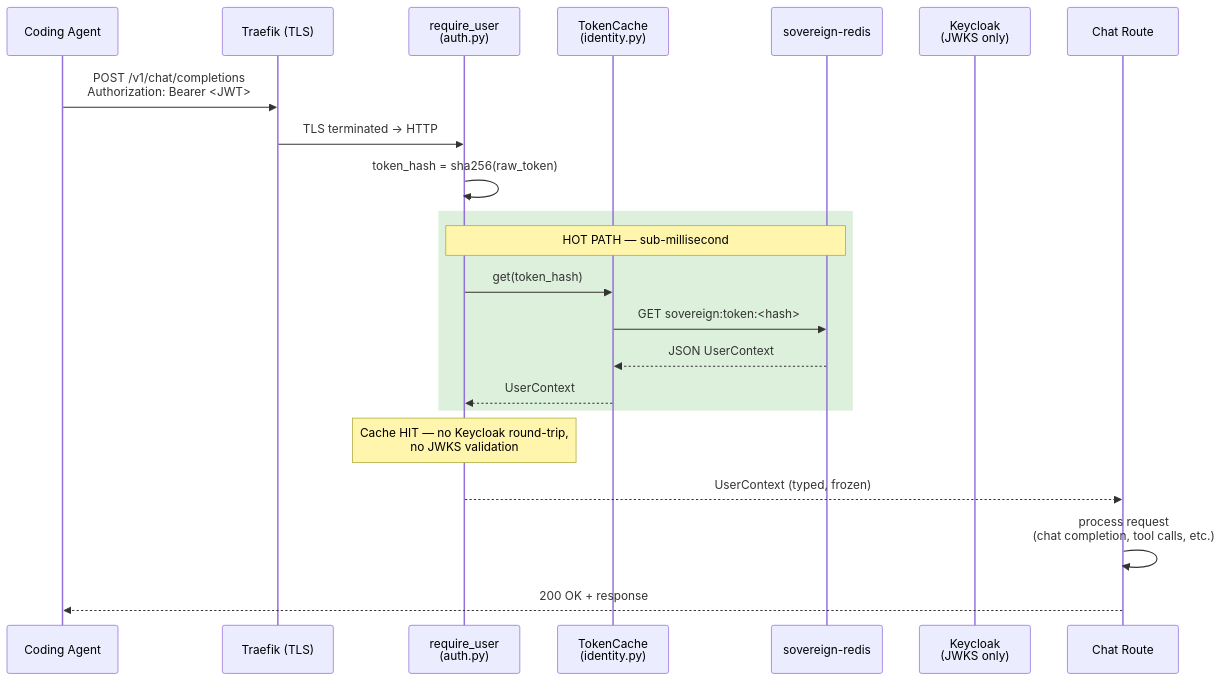
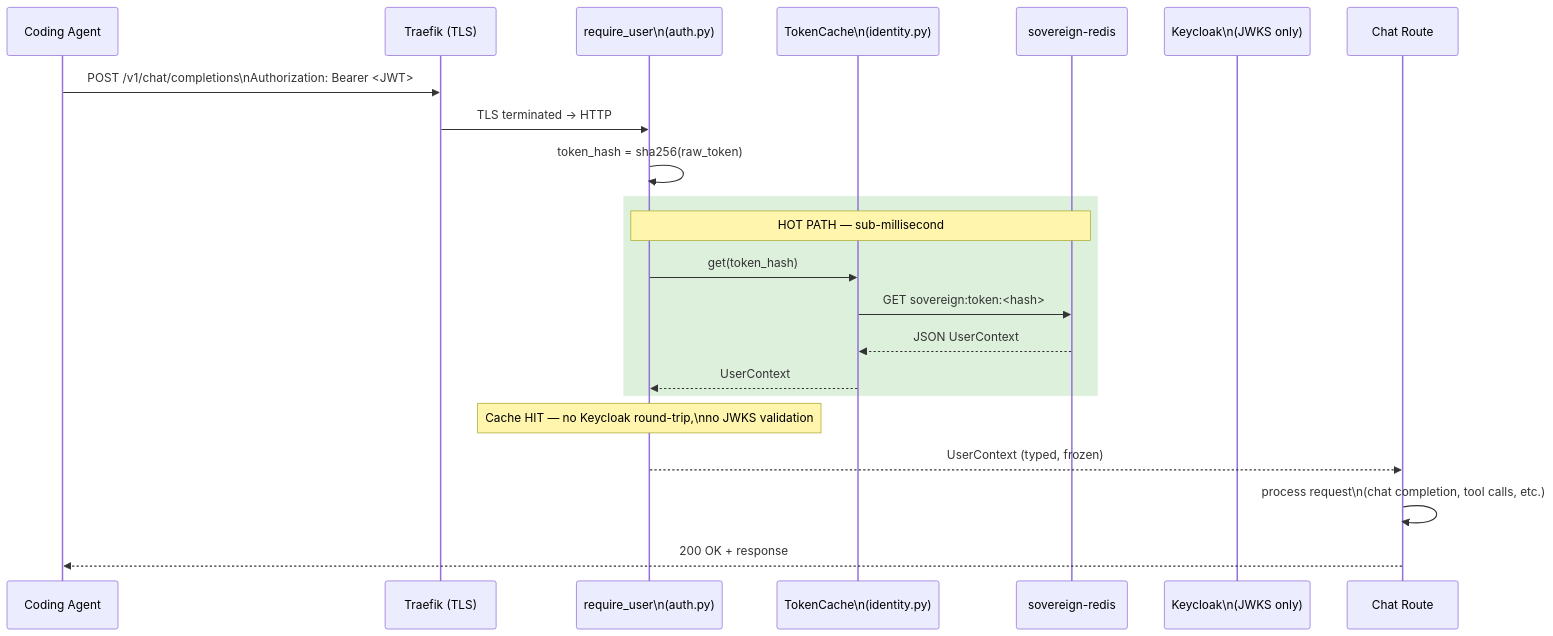
The third of 6 diagrams in docs/architecture/sequence-oauth2-flow.md (lfdesousa/AuditTrace-AI), drawn with Mermaid before and after one commit. The commit also changed other lines of this file and 4 other files, not shown here.

First line of the commit message:
fix(docs): replace HTML br tags with Mermaid newlines in sequence diagrams

````diff
--- a/docs/architecture/sequence-oauth2-flow.md
+++ b/docs/architecture/sequence-oauth2-flow.md
@@ -73,30 +73,30 @@
 ```mermaid
 sequenceDiagram
     participant Agent as Coding Agent
     participant Traefik as Traefik (TLS)
-    participant Auth as require_user<br/>(auth.py)
-    participant Cache as TokenCache<br/>(identity.py)
+    participant Auth as require_user\n(auth.py)
+    participant Cache as TokenCache\n(identity.py)
     participant Redis as sovereign-redis
-    participant KC as Keycloak<br/>(JWKS only)
+    participant KC as Keycloak\n(JWKS only)
     participant Route as Chat Route
 
-    Agent->>Traefik: POST /v1/chat/completions<br/>Authorization: Bearer <JWT>
+    Agent->>Traefik: POST /v1/chat/completions\nAuthorization: Bearer <JWT>
     Traefik->>Auth: TLS terminated → HTTP
 
     Auth->>Auth: token_hash = sha256(raw_token)
 
     rect rgb(220, 240, 220)
         Note over Auth,Redis: HOT PATH — sub-millisecond
         Auth->>Cache: get(token_hash)
         Cache->>Redis: GET sovereign:token:<hash>
         Redis-->>Cache: JSON UserContext
         Cache-->>Auth: UserContext
     end
 
-    Note over Auth: Cache HIT — no Keycloak round-trip,<br/>no JWKS validation
+    Note over Auth: Cache HIT — no Keycloak round-trip,\nno JWKS validation
 
     Auth-->>Route: UserContext (typed, frozen)
 
-    Route->>Route: process request<br/>(chat completion, tool calls, etc.)
+    Route->>Route: process request\n(chat completion, tool calls, etc.)
     Route-->>Agent: 200 OK + response
 ```
````
